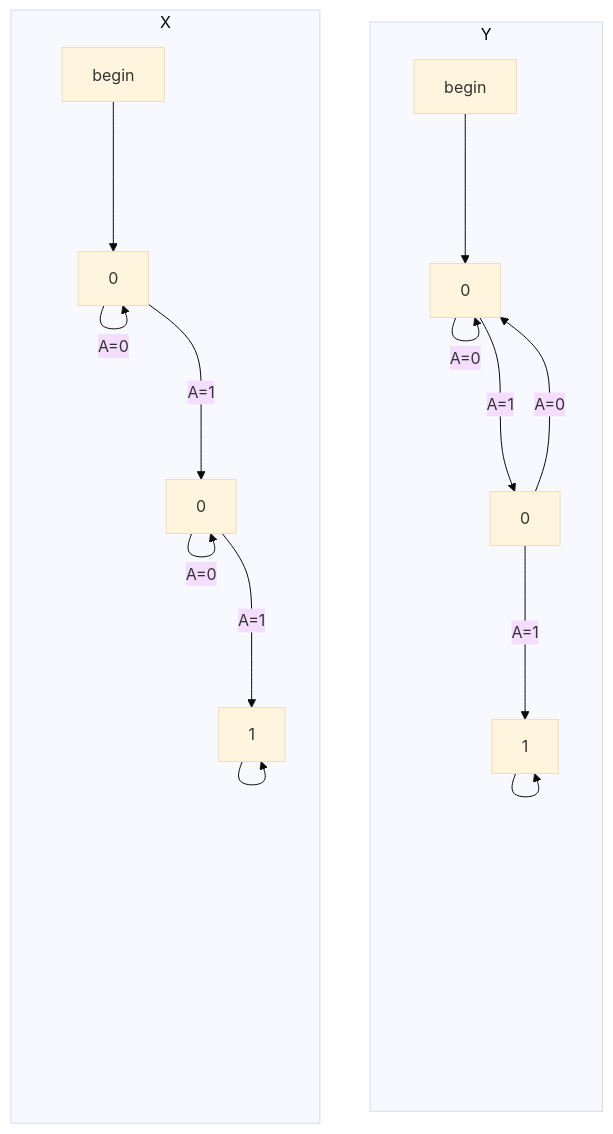
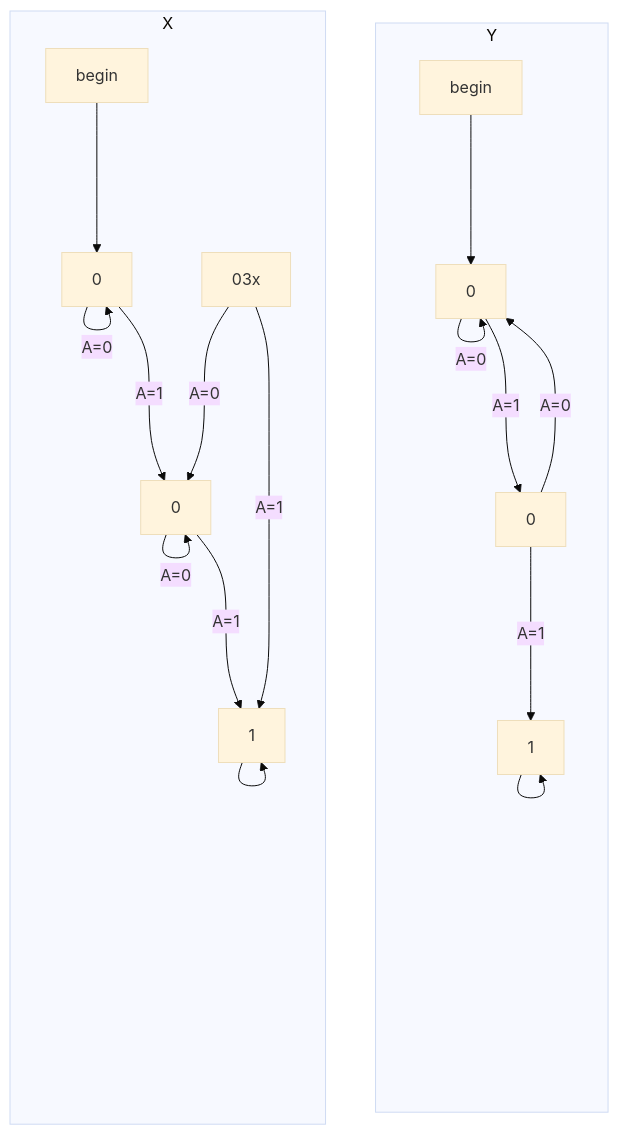
The diagram in CSDS 281 - Logic Design/HW/8/Tables.md (tnichols217/notes), drawn with Mermaid (base theme) before and after one commit.

Commit message:
vault backup: 2024-04-03 22:07:54

````diff
--- a/CSDS 281 - Logic Design/HW/8/Tables.md
+++ b/CSDS 281 - Logic Design/HW/8/Tables.md
@@ -1,20 +1,22 @@
 ```mermaid
 flowchart LR
 subgraph X
 beginx[begin] ---> 01x
 01x[0] --->|A=0| 01x
 01x --->|A=1| 02x[0]
 02x --->|A=0| 02x
 02x --->|A=1| 1x[1]
+03x --->|A=0| 02x
+03x --->|A=1| 1x[1]
 1x ---> 1x
 end
 X ~~~ Y
 subgraph Y
 beginy[begin] ---> 01y
 01y[0] --->|A=0| 01y
 01y --->|A=1| 02y[0]
 02y --->|A=0| 01y
 02y --->|A=1| 1y[1]
 1y ---> 1y
 end
 ```
````
